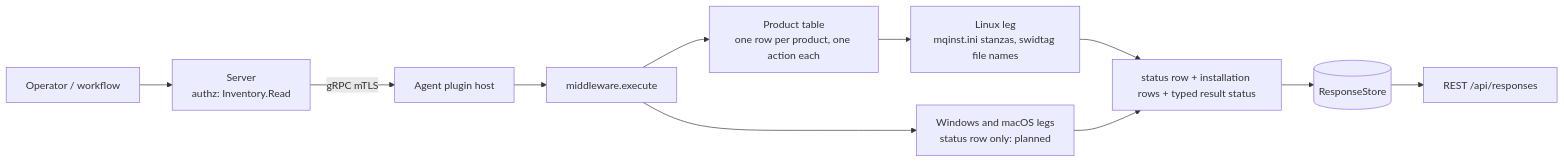
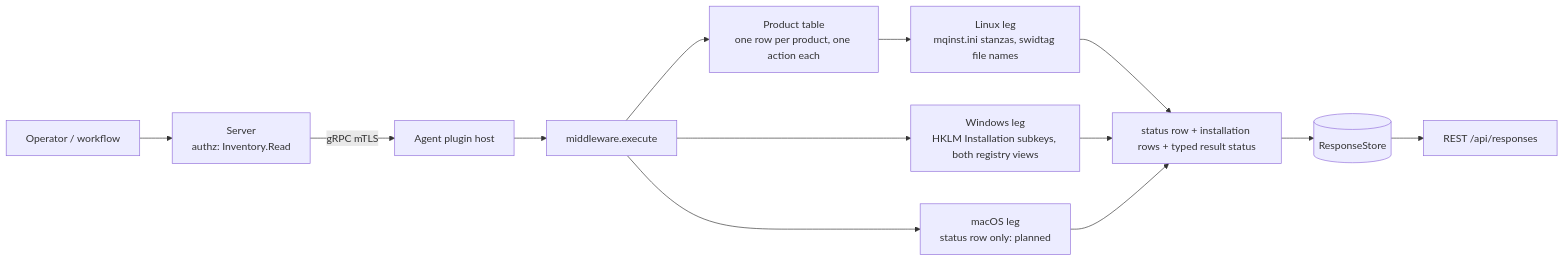
One commit to DevNullLtd/Yuzu changed the diagram in agents/plugins/middleware/README.md. Above: the diagram before and after it, drawn with Mermaid. The commit also changed other lines of this file and 18 other files, not shown here.

Commit message:
feat(middleware): read the Windows registry and report IBM MQ on Windows

````diff
--- a/agents/plugins/middleware/README.md
+++ b/agents/plugins/middleware/README.md
@@ -19,9 +19,10 @@
 ```mermaid
 flowchart LR
   OP[Operator / workflow] --> SRV[Server<br/>authz: Inventory.Read]
   SRV -- gRPC mTLS --> HOST[Agent plugin host] --> EX[middleware.execute]
   EX --> TBL[Product table<br/>one row per product, one action each]
   TBL --> LIN[Linux leg<br/>mqinst.ini stanzas, swidtag file names]
-  EX --> PLN["Windows and macOS legs<br/>status row only: planned"]
-  LIN & PLN --> ROWS[status row + installation rows + typed result status] --> RS[(ResponseStore)] --> API[REST /api/responses]
+  EX --> WIN[Windows leg<br/>HKLM Installation subkeys, both registry views]
+  EX --> PLN["macOS leg<br/>status row only: planned"]
+  LIN & WIN & PLN --> ROWS[status row + installation rows + typed result status] --> RS[(ResponseStore)] --> API[REST /api/responses]
 ```
````
